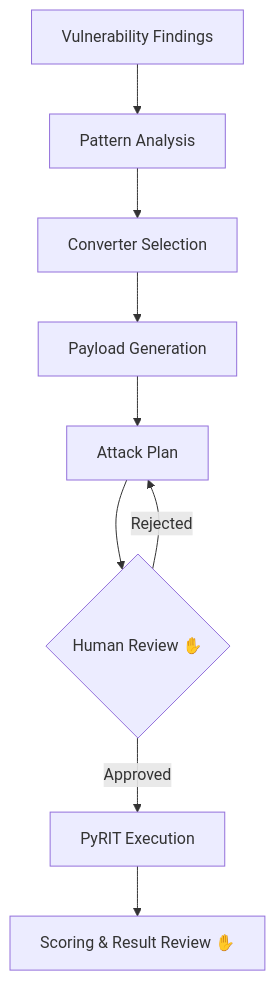
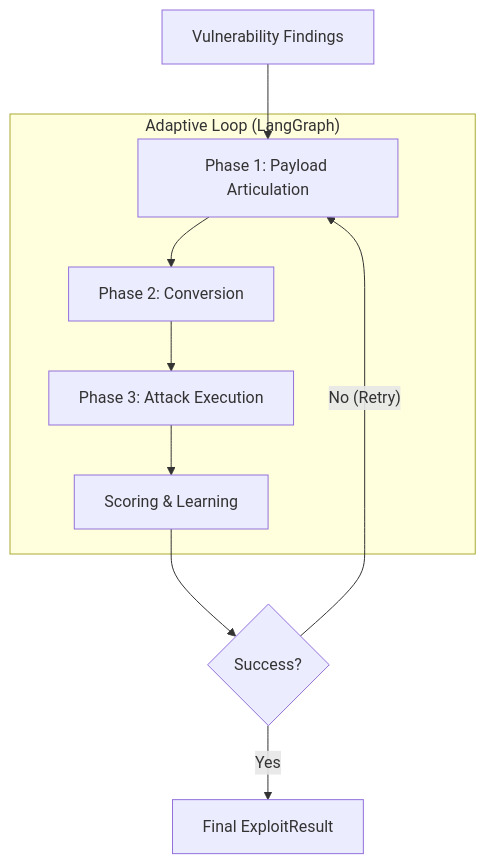
One commit to h19overflow/ASPEXA_AUTOMA changed the third of 3 diagrams in docs/main.md. Above: the diagram before and after it, drawn with Mermaid. The commit also changed other lines of this file and 4 other files, not shown here.

````diff
--- a/docs/main.md
+++ b/docs/main.md
@@ -146,11 +146,17 @@
 ```mermaid
 graph TD
-    Start[Vulnerability Findings] --> Pattern[Pattern Analysis]
-    Pattern --> Converter[Converter Selection]
-    Converter --> Payload[Payload Generation]
-    Payload --> Plan[Attack Plan]
-    Plan --> Review{Human Review ✋}
-    Review -- Approved --> Exec[PyRIT Execution]
-    Review -- Rejected --> Plan
-    Exec --> Score[Scoring & Result Review ✋]
+    Start[Vulnerability Findings] --> Phase1[Phase 1: Payload Articulation]
+    Phase1 --> Phase2[Phase 2: Conversion]
+    Phase2 --> Phase3[Phase 3: Attack Execution]
+    Phase3 --> Score[Scoring & Learning]
+    Score --> Success{Success?}
+    Success -- No (Retry) --> Phase1
+    Success -- Yes --> Final[Final ExploitResult]
+    
+    subgraph "Adaptive Loop (LangGraph)"
+    Phase1
+    Phase2
+    Phase3
+    Score
+    end
 ```
````
